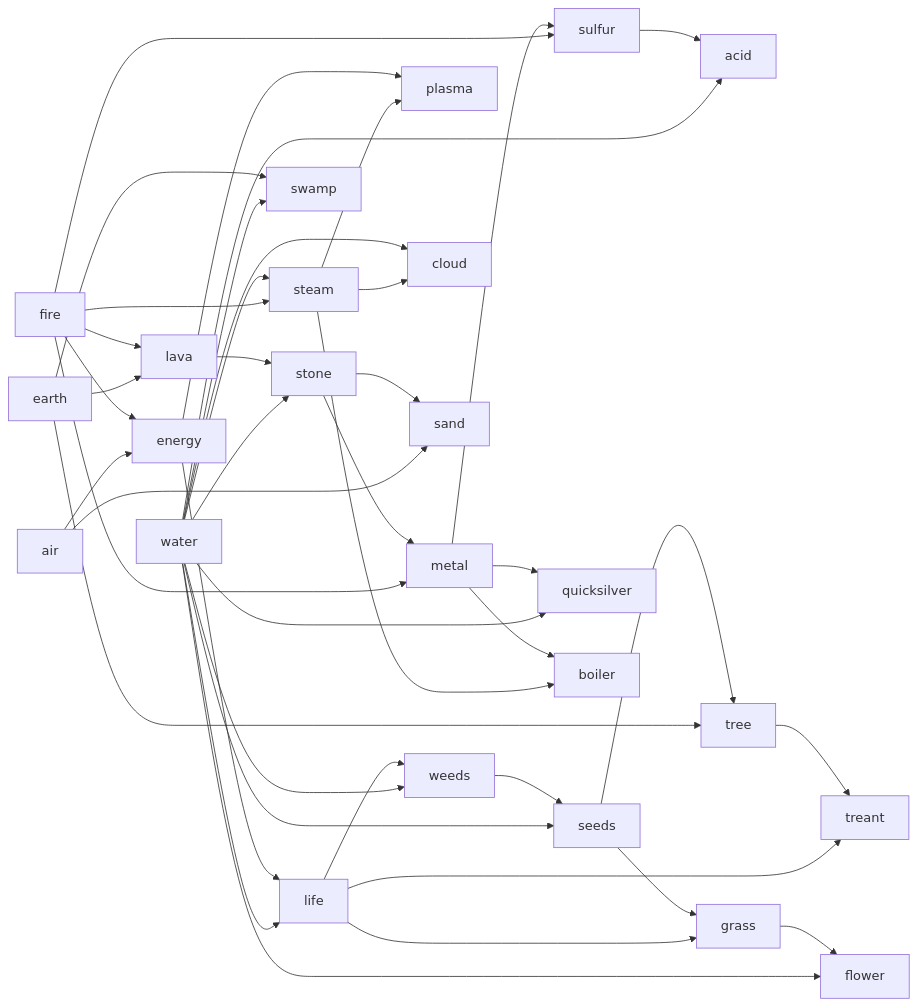
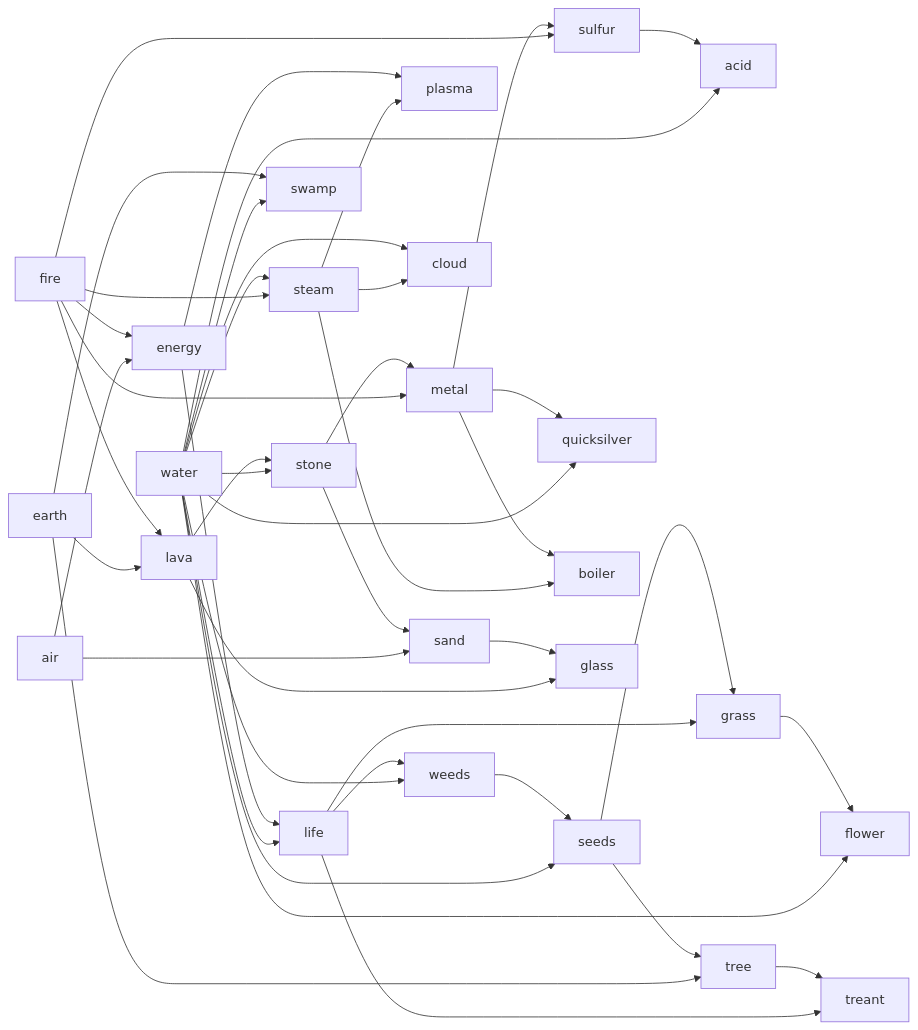
One commit to res0nat0r/doodle-god changed the diagram in README.md. Above: the diagram before and after it, drawn with Mermaid.

````diff
--- a/README.md
+++ b/README.md
@@ -4,63 +4,66 @@
 ```mermaid
 graph LR
 
 sulfur -->  acid
 water --> acid
 
 seeds --> tree
 earth --> tree
 
 grass --> flower
 water --> flower
 
 seeds --> grass
 life --> grass
 
 weeds --> seeds
 water --> seeds
 
 life --> weeds
 water --> weeds
 
 energy --> life
 water --> life
 
 energy --> plasma
 steam --> plasma
 
 fire --> energy
 air --> energy
 
 metal --> sulfur
 fire --> sulfur
 
 metal --> quicksilver
 water --> quicksilver
 
 metal --> boiler
 steam --> boiler
 
 stone --> metal
 fire --> metal
 
 lava --> stone
 water --> stone
 
 water --> cloud
 steam --> cloud
 
 earth --> swamp
 water --> swamp
 
 water --> steam
 fire --> steam
 
 fire --> lava
 earth --> lava
 
 tree --> treant
 life --> treant
 
 stone --> sand
 air --> sand
+
+sand --> glass
+lava --> glass
 ```
````
